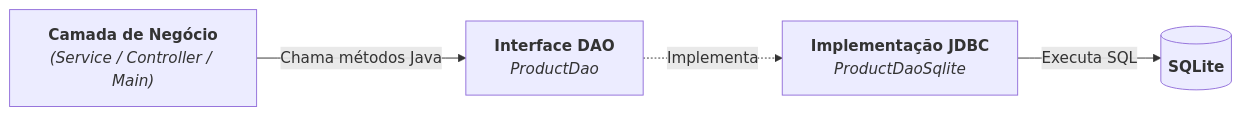
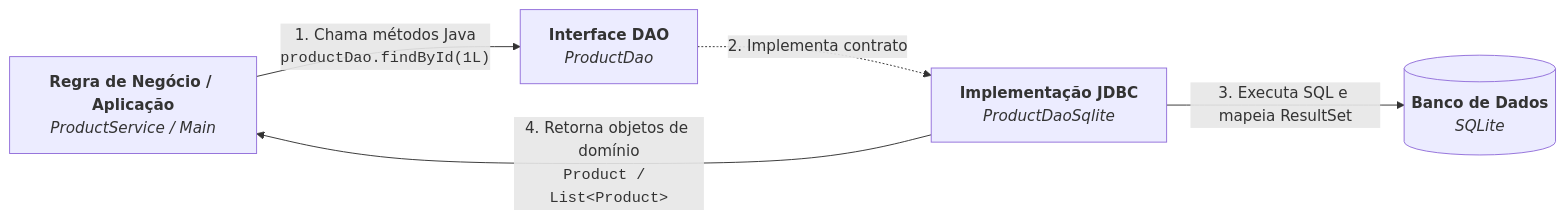
Before and after one commit to Lubrisa/fatec-curso-oo: the diagram in ecossistema/jdbc-sqlite/07-padrao-dao.md, drawn with Mermaid. The commit also changed other lines of this file, not shown here.

Commit message:
docs(jdbc-sqlite): reestruturar padrao DAO com foco em problema e solucao no cap 07

````diff
--- a/ecossistema/jdbc-sqlite/07-padrao-dao.md
+++ b/ecossistema/jdbc-sqlite/07-padrao-dao.md
@@ -22,6 +100,7 @@
 ```mermaid
 graph LR
-    APP["<b>Camada de Negócio</b><br/><i>(Service / Controller / Main)</i>"] -->|Chama métodos Java| DAO["<b>Interface DAO</b><br/><i>ProductDao</i>"]
-    DAO -.->|Implementa| IMPL["<b>Implementação JDBC</b><br/><i>ProductDaoSqlite</i>"]
-    IMPL -->|Executa SQL| DB[(<b>SQLite</b>)]
+    APP["<b>Regra de Negócio / Aplicação</b><br/><i>ProductService / Main</i>"] -->|1. Chama métodos Java<br/><code>productDao.findById&lpar;1L&rpar;</code>| DAO["<b>Interface DAO</b><br/><i>ProductDao</i>"]
+    DAO -.->|2. Implementa contrato| IMPL["<b>Implementação JDBC</b><br/><i>ProductDaoSqlite</i>"]
+    IMPL -->|3. Executa SQL e mapeia ResultSet| DB[(<b>Banco de Dados</b><br/><i>SQLite</i>)]
+    IMPL -->|4. Retorna objetos de domínio<br/><code>Product / List&lt;Product&gt;</code>| APP
 ```
````
